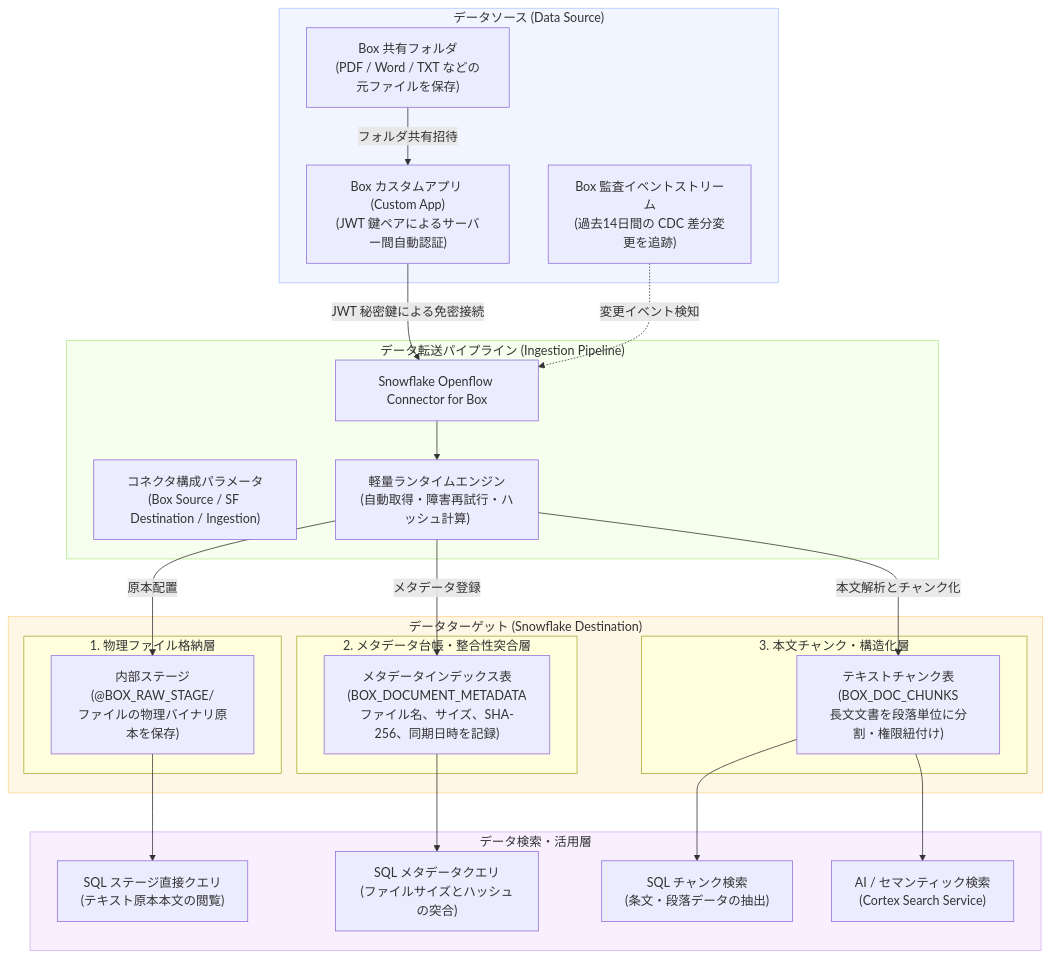
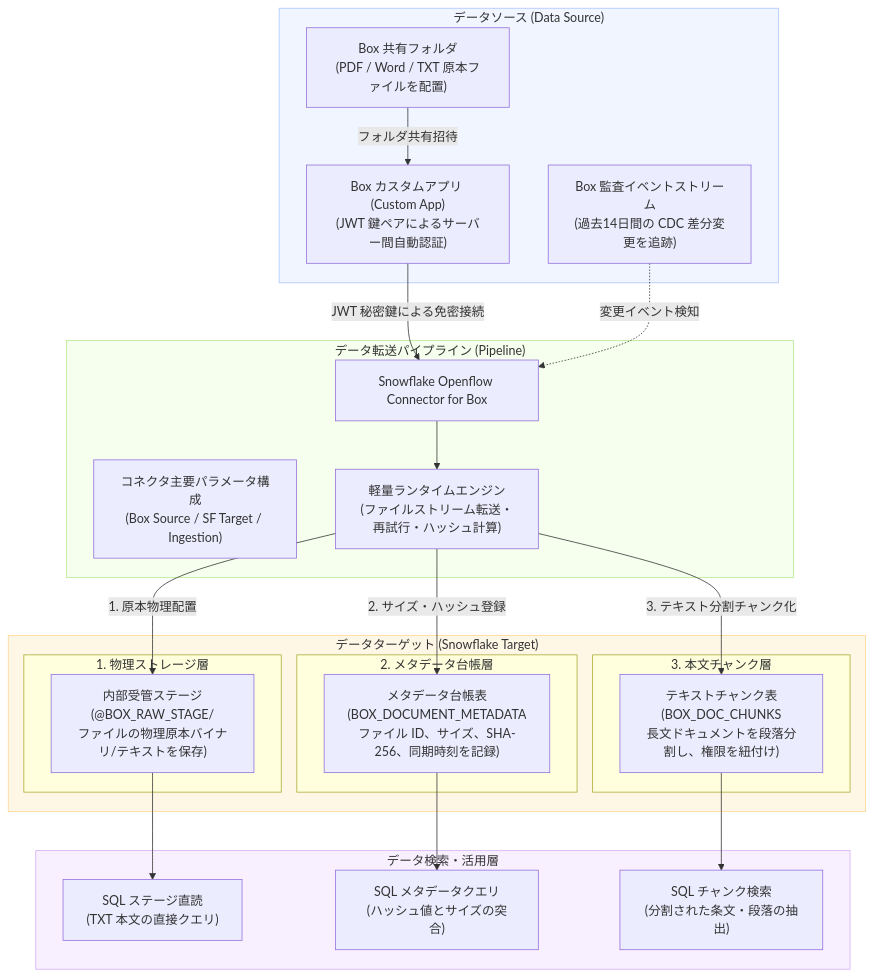
Before and after one commit to BIGMAX-RKO007/snowflakeblog: the diagram in docs/ja/07_openflow_box_integration.md, drawn with Mermaid. The commit also changed other lines of this file and 3 other files, not shown here.

````diff
--- a/docs/ja/07_openflow_box_integration.md
+++ b/docs/ja/07_openflow_box_integration.md
@@ -23,52 +53,50 @@
 ```mermaid
 flowchart TD
     subgraph Source["データソース (Data Source)"]
-        B1["Box 共有フォルダ<br/>(PDF / Word / TXT などの元ファイルを保存)"]
+        B1["Box 共有フォルダ<br/>(PDF / Word / TXT 原本ファイルを配置)"]
         B2["Box カスタムアプリ (Custom App)<br/>(JWT 鍵ペアによるサーバー間自動認証)"]
         B3["Box 監査イベントストリーム<br/>(過去14日間の CDC 差分変更を追跡)"]
     end
 
-    subgraph Pipeline["データ転送パイプライン (Ingestion Pipeline)"]
+    subgraph Pipeline["データ転送パイプライン (Pipeline)"]
         O1["Snowflake Openflow Connector for Box"]
-        O2["コネクタ構成パラメータ<br/>(Box Source / SF Destination / Ingestion)"]
-        O3["軽量ランタイムエンジン<br/>(自動取得・障害再試行・ハッシュ計算)"]
+        O2["コネクタ主要パラメータ構成<br/>(Box Source / SF Target / Ingestion)"]
+        O3["軽量ランタイムエンジン<br/>(ファイルストリーム転送・再試行・ハッシュ計算)"]
     end
 
-    subgraph Destination["データターゲット (Snowflake Destination)"]
-        subgraph Physical["1. 物理ファイル格納層"]
-            S1["内部ステージ<br/>(@BOX_RAW_STAGE/<br/>ファイルの物理バイナリ原本を保存)"]
+    subgraph Target["データターゲット (Snowflake Target)"]
+        subgraph S_Stage["1. 物理ストレージ層"]
+            T1["内部受管ステージ<br/>(@BOX_RAW_STAGE/<br/>ファイルの物理原本バイナリ/テキストを保存)"]
         end
 
-        subgraph Metadata["2. メタデータ台帳・整合性突合層"]
-            S2["メタデータインデックス表<br/>(BOX_DOCUMENT_METADATA<br/>ファイル名、サイズ、SHA-256、同期日時を記録)"]
+        subgraph S_Meta["2. メタデータ台帳層"]
+            T2["メタデータ台帳表<br/>(BOX_DOCUMENT_METADATA<br/>ファイル ID、サイズ、SHA-256、同期時刻を記録)"]
         end
 
-        subgraph TextLayer["3. 本文チャンク・構造化層"]
-            S3["テキストチャンク表<br/>(BOX_DOC_CHUNKS<br/>長文文書を段落単位に分割・権限紐付け)"]
+        subgraph S_Chunk["3. 本文チャンク層"]
+            T3["テキストチャンク表<br/>(BOX_DOC_CHUNKS<br/>長文ドキュメントを段落分割し、権限を紐付け)"]
         end
     end
 
     subgraph QueryLayer["データ検索・活用層"]
-        Q1["SQL ステージ直接クエリ<br/>(テキスト原本本文の閲覧)"]
-        Q2["SQL メタデータクエリ<br/>(ファイルサイズとハッシュの突合)"]
-        Q3["SQL チャンク検索<br/>(条文・段落データの抽出)"]
-        Q4["AI / セマンティック検索<br/>(Cortex Search Service)"]
+        Q1["SQL ステージ直読<br/>(TXT 本文の直接クエリ)"]
+        Q2["SQL メタデータクエリ<br/>(ハッシュ値とサイズの突合)"]
+        Q3["SQL チャンク検索<br/>(分割された条文・段落の抽出)"]
     end
 
     B1 -->|フォルダ共有招待| B2
     B2 -->|JWT 秘密鍵による免密接続| O1
     B3 -.->|変更イベント検知| O1
     O1 --> O3
-    O3 -->|原本配置| S1
-    O3 -->|メタデータ登録| S2
-    O3 -->|本文解析とチャンク化| S3
-    S1 --> Q1
-    S2 --> Q2
-    S3 --> Q3
-    S3 --> Q4
+    O3 -->|1. 原本物理配置| T1
+    O3 -->|2. サイズ・ハッシュ登録| T2
+    O3 -->|3. テキスト分割チャンク化| T3
+    T1 --> Q1
+    T2 --> Q2
+    T3 --> Q3
 
     style Source fill:#f0f5ff,stroke:#adc6ff
     style Pipeline fill:#f6ffed,stroke:#b7eb8f
-    style Destination fill:#fff7e6,stroke:#ffd591
+    style Target fill:#fff7e6,stroke:#ffd591
     style QueryLayer fill:#f9f0ff,stroke:#d3adf7
 ```
````
